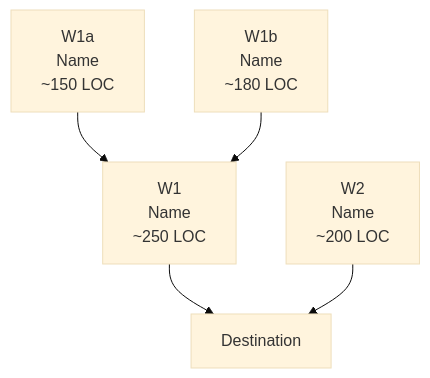
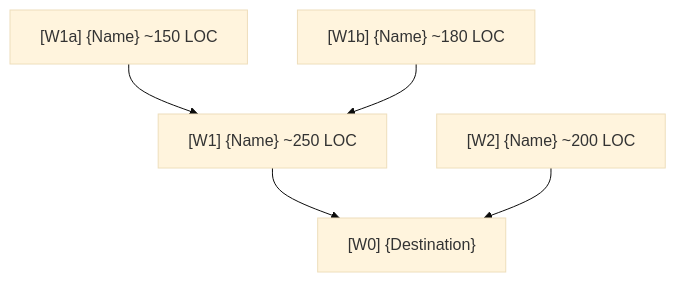
Before and after one commit to sjquant/ghosts: the second of 3 diagrams in core/skills/wdd/SKILL.md, drawn with Mermaid (base theme). The commit also changed other lines of this file and 4 other files, not shown here.

````diff
--- a/core/skills/wdd/SKILL.md
+++ b/core/skills/wdd/SKILL.md
@@ -134,8 +140,8 @@
 ```mermaid
 graph TD
-  W0["Destination"]
-  W1["W1\nName\n~250 LOC"] --> W0
-  W2["W2\nName\n~200 LOC"] --> W0
-  W1a["W1a\nName\n~150 LOC"] --> W1
-  W1b["W1b\nName\n~180 LOC"] --> W1
+	W0["[W0] {Destination}"]
+	W1["[W1] {Name} ~250 LOC"] --> W0
+	W2["[W2] {Name} ~200 LOC"] --> W0
+	W1a["[W1a] {Name} ~150 LOC"] --> W1
+	W1b["[W1b] {Name} ~180 LOC"] --> W1
 ```
````
